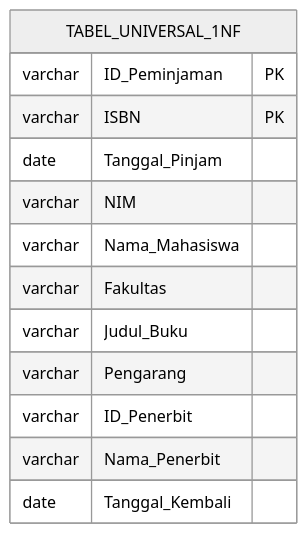
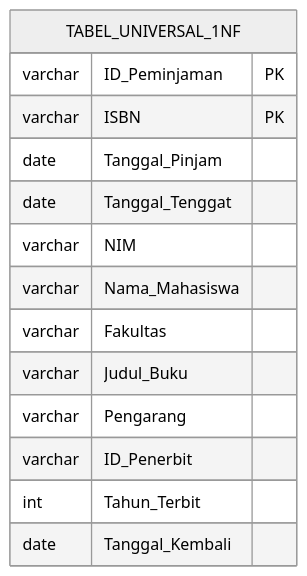
Before and after one commit to AdinRafi/Pemrograman-Web-B: the third of 4 diagrams in Tugas 6/06-tugas-pemodelan-database.md, drawn with Mermaid (neutral theme). The commit also changed other lines of this file, not shown here.

````diff
--- a/Tugas 6/06-tugas-pemodelan-database.md
+++ b/Tugas 6/06-tugas-pemodelan-database.md
@@ -135,16 +136,17 @@
 ```mermaid
 erDiagram
     TABEL_UNIVERSAL_1NF {
         varchar ID_Peminjaman PK
         varchar ISBN PK
         date Tanggal_Pinjam
+        date Tanggal_Tenggat
         varchar NIM
         varchar Nama_Mahasiswa
         varchar Fakultas
         varchar Judul_Buku
         varchar Pengarang
         varchar ID_Penerbit
-        varchar Nama_Penerbit
+        int Tahun_Terbit
         date Tanggal_Kembali
     }
 ```
````
